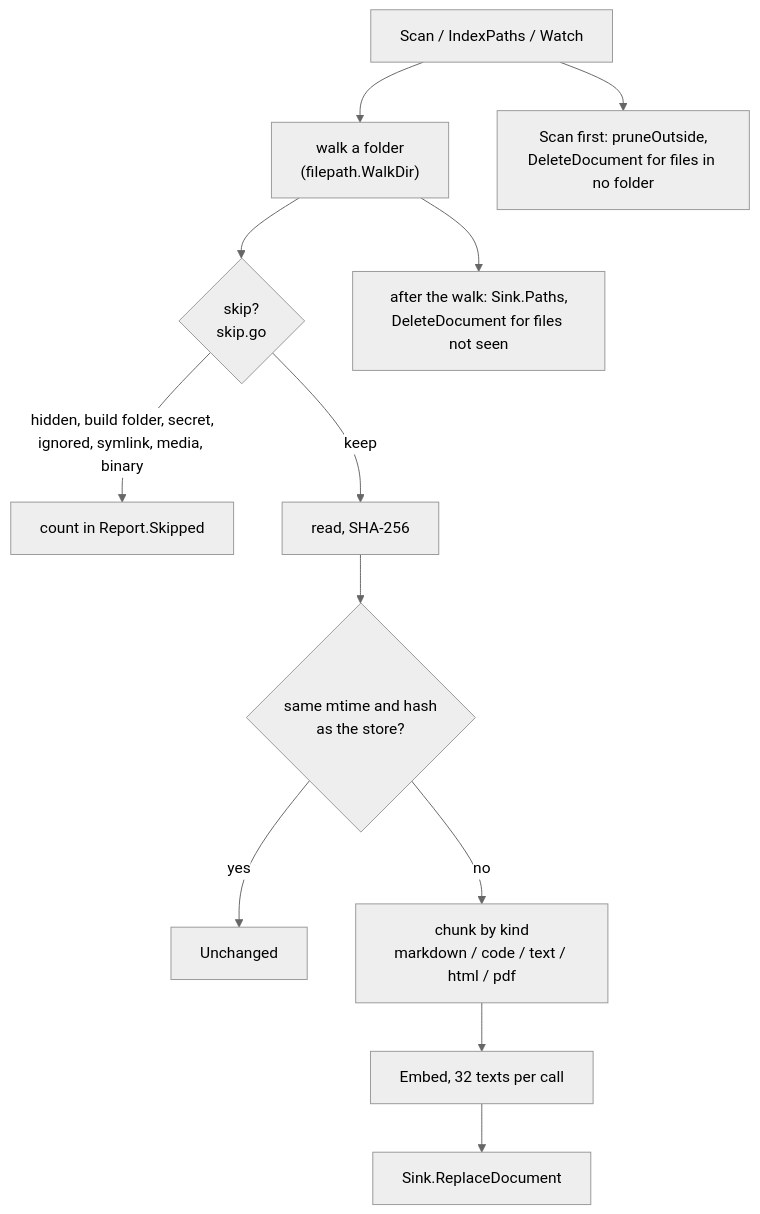
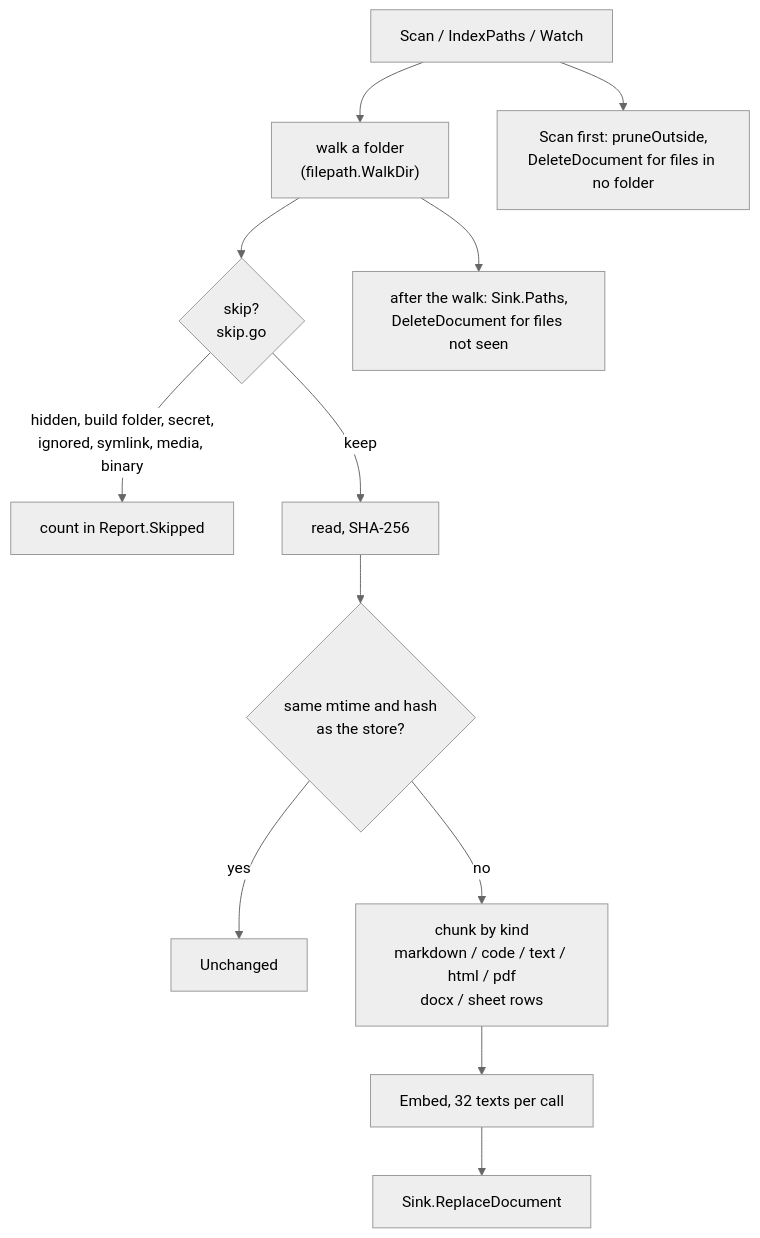
Before and after one commit to aarora79/meru: the diagram in docs/coding-notes/index.md, drawn with Mermaid (neutral theme). The commit also changed other lines of this file and 47 other files, not shown here.

````diff
--- a/docs/coding-notes/index.md
+++ b/docs/coding-notes/index.md
@@ -29,14 +35,14 @@
 ```mermaid
 flowchart TD
     S["Scan / IndexPaths / Watch"] --> W["walk a folder<br/>(filepath.WalkDir)"]
     W --> K{"skip?<br/>skip.go"}
     K -- "hidden, build folder, secret,<br/>ignored, symlink, media, binary" --> R["count in Report.Skipped"]
     K -- keep --> H["read, SHA-256"]
     H --> U{"same mtime and hash<br/>as the store?"}
     U -- yes --> N["Unchanged"]
-    U -- no --> C["chunk by kind<br/>markdown / code / text / html / pdf"]
+    U -- no --> C["chunk by kind<br/>markdown / code / text / html / pdf<br/>docx / sheet rows"]
     C --> E["Embed, 32 texts per call"]
     E --> P["Sink.ReplaceDocument"]
     W --> D["after the walk: Sink.Paths,<br/>DeleteDocument for files not seen"]
     S --> O["Scan first: pruneOutside,<br/>DeleteDocument for files in no folder"]
 ```
````
